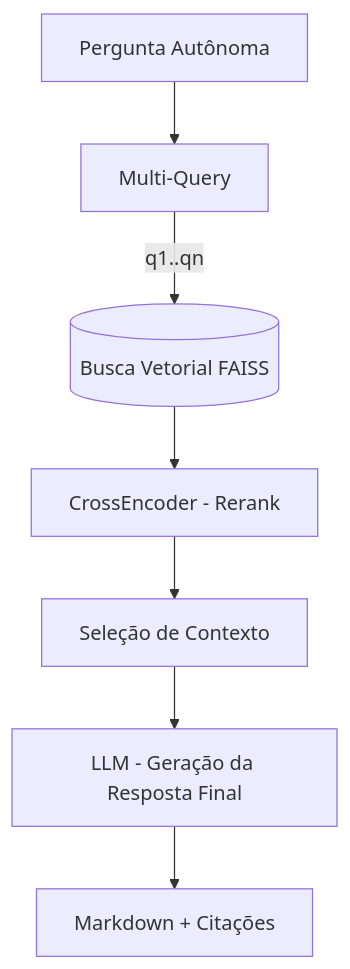
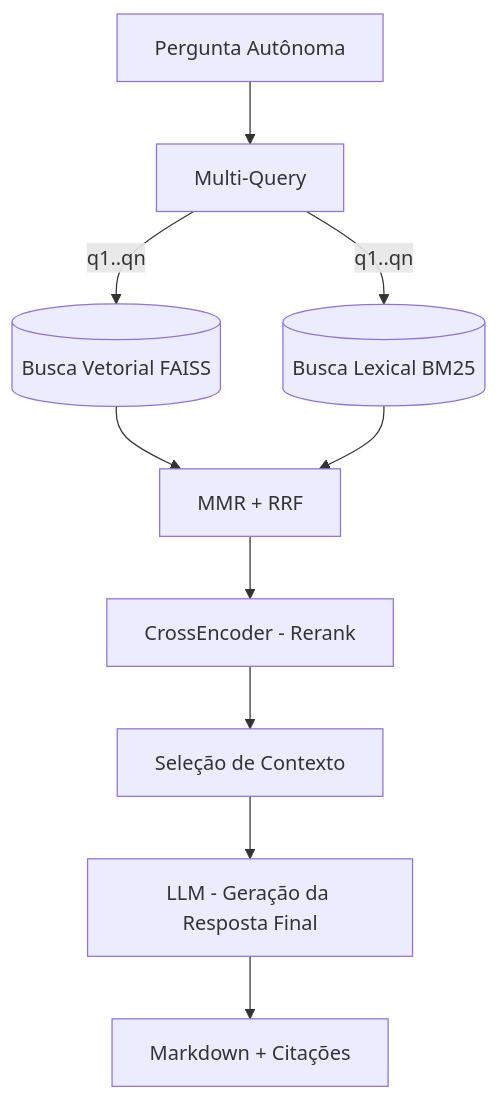
One commit to elcelsius/rag-microservice changed the second of 2 diagrams in README.md. Above: the diagram before and after it, drawn with Mermaid. The commit also changed other lines of this file and 4 other files, not shown here.

````diff
--- a/README.md
+++ b/README.md
@@ -40,9 +40,12 @@
 ```mermaid
 flowchart TD
     Q[Pergunta Autônoma] --> MQ[Multi-Query];
     MQ -->|q1..qn| FAISS[(Busca Vetorial FAISS)];
-    FAISS --> RERANK[CrossEncoder - Rerank];
+    MQ -->|q1..qn| BM25[(Busca Lexical BM25)];
+    FAISS --> FUSE[MMR + RRF];
+    BM25 --> FUSE;
+    FUSE --> RERANK[CrossEncoder - Rerank];
     RERANK --> CTX[Seleção de Contexto];
     CTX --> LLM[LLM - Geração da Resposta Final];
     LLM --> OUT[Markdown + Citações];
 ```
````
